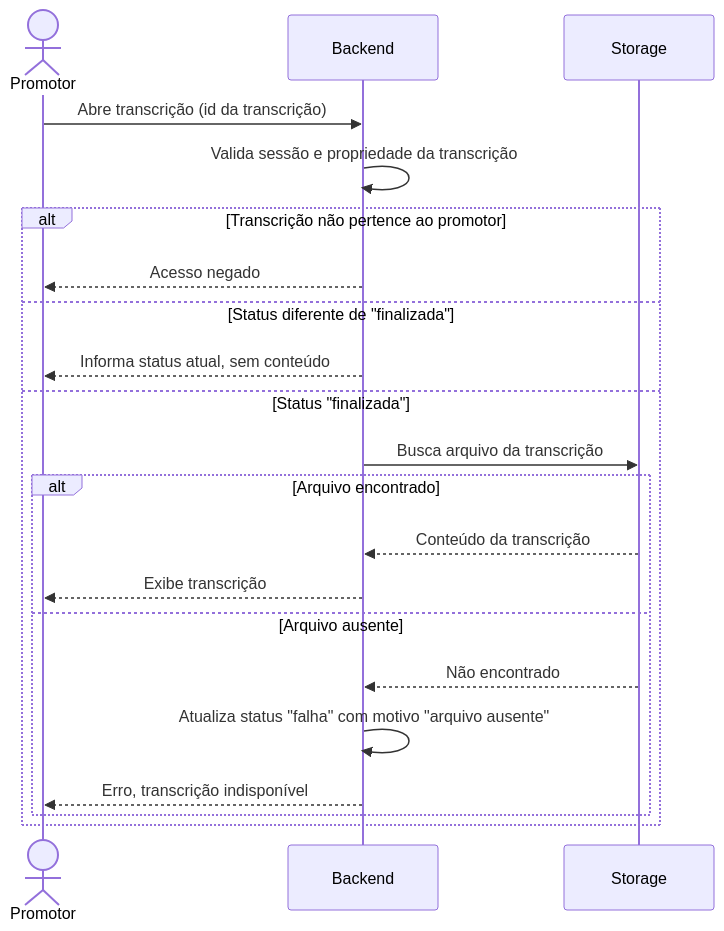
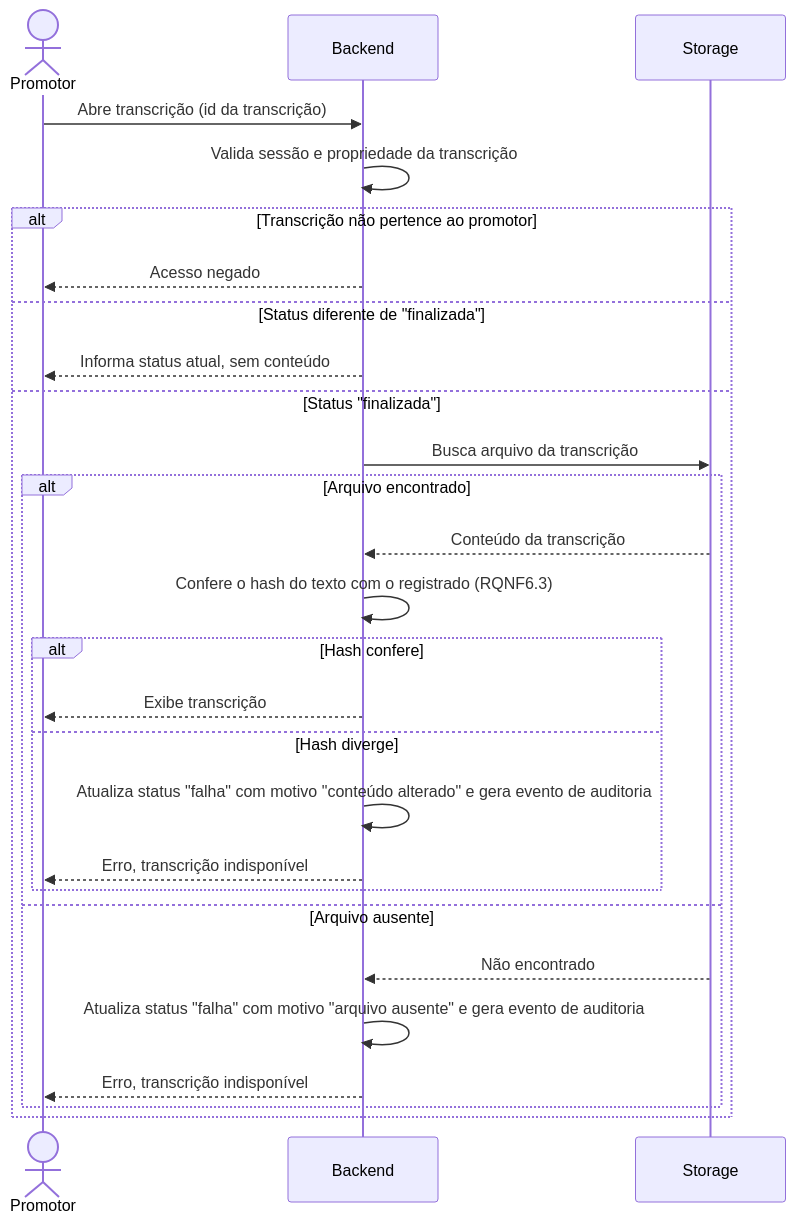
Before and after one commit to AlexandreH13/EsofSeguro-PGC308F-Grupo1: the diagram in requisitos funcionais/RQF6-acesso-a-transcricao-finalizada.md, drawn with Mermaid. The commit also changed 6 other files, not shown here.

First line of the commit message:
Reflete hash e tentativas nos diagramas de RQF3, RQF4 e RQF6

````diff
--- a/requisitos funcionais/RQF6-acesso-a-transcricao-finalizada.md
+++ b/requisitos funcionais/RQF6-acesso-a-transcricao-finalizada.md
@@ -18,23 +18,29 @@
 ```mermaid
 sequenceDiagram
     actor P as Promotor
     participant B as Backend
     participant S as Storage
     P->>B: Abre transcrição (id da transcrição)
     B->>B: Valida sessão e propriedade da transcrição
     alt Transcrição não pertence ao promotor
         B-->>P: Acesso negado
     else Status diferente de "finalizada"
         B-->>P: Informa status atual, sem conteúdo
     else Status "finalizada"
         B->>S: Busca arquivo da transcrição
         alt Arquivo encontrado
             S-->>B: Conteúdo da transcrição
-            B-->>P: Exibe transcrição
+            B->>B: Confere o hash do texto com o registrado (RQNF6.3)
+            alt Hash confere
+                B-->>P: Exibe transcrição
+            else Hash diverge
+                B->>B: Atualiza status "falha" com motivo "conteúdo alterado" e gera evento de auditoria
+                B-->>P: Erro, transcrição indisponível
+            end
         else Arquivo ausente
             S-->>B: Não encontrado
-            B->>B: Atualiza status "falha" com motivo "arquivo ausente"
+            B->>B: Atualiza status "falha" com motivo "arquivo ausente" e gera evento de auditoria
             B-->>P: Erro, transcrição indisponível
         end
     end
 ```
````
